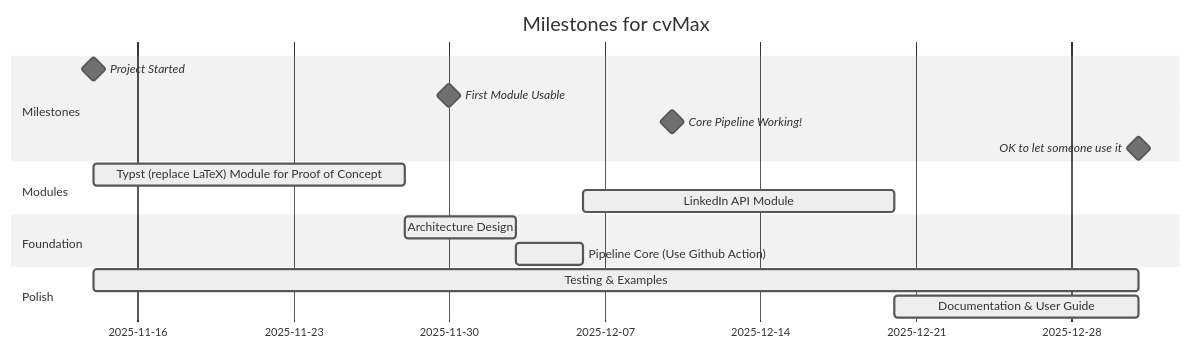
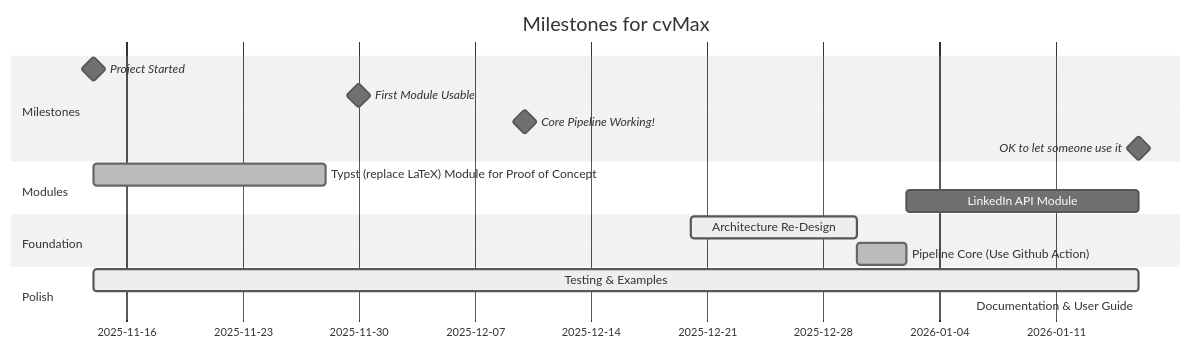
One commit to PngWnA/cvMax changed the third of 3 diagrams in README.md. Above: the diagram before and after it, drawn with Mermaid (neutral theme).

Commit message:
Changed milestone

````diff
--- a/README.md
+++ b/README.md
@@ -44,38 +44,38 @@
 ```mermaid
 gantt
     title Milestones for cvMax
     dateFormat  YYYY-MM-DD
     axisFormat  %Y-%m-%d
     tickInterval 2weaks
 
     %% =========================
     %% Milestones
     %% =========================
     section Milestones
     Project Started                  :milestone, start, 2025-11-14, 0d
     First Module Usable            :milestone, first-module, 2025-11-30, 0d
     Core Pipeline Working!            :milestone, after pipeline-core, 2025-12-10, 0d
-    OK to let someone use it            :milestone, release-mvp, 2025-12-31, 0d
+    OK to let someone use it            :milestone, release-mvp, after linkedin-module, 0d
 
 
     %% =========================
     %% Modules
     %% =========================
     section Modules
-    Typst (replace LaTeX) Module for Proof of Concept        :active, typst-module, after start, 14d
-    LinkedIn API Module              :active, linkedin-module, after pipeline-core, 14d
+    Typst (replace LaTeX) Module for Proof of Concept        :done, typst-module, after start, 14d
+    LinkedIn API Module              : linkedin-module, after pipeline-core, 14d
 
     %% =========================
     %% Foundation
     %% =========================
     section Foundation
-    Architecture Design       :active, arch-design, after typst-module, 5d
-    Pipeline Core (Use Github Action)     :active, pipeline-core, after arch-design, 3d
+    Architecture Re-Design       :active, arch-design, after 2025-12-31, 10d
+    Pipeline Core (Use Github Action)     :done, pipeline-core, after arch-design, 3d
 
     %% =========================
     %% Polish
     %% =========================
     section Polish
     Testing & Examples               :active, testing, after start, until release-mvp
-    Documentation & User Guide        :active, docs, after linkedin-module, until release-mvp
+    Documentation & User Guide        : docs, after linkedin-module, until release-mvp
 ```
````
